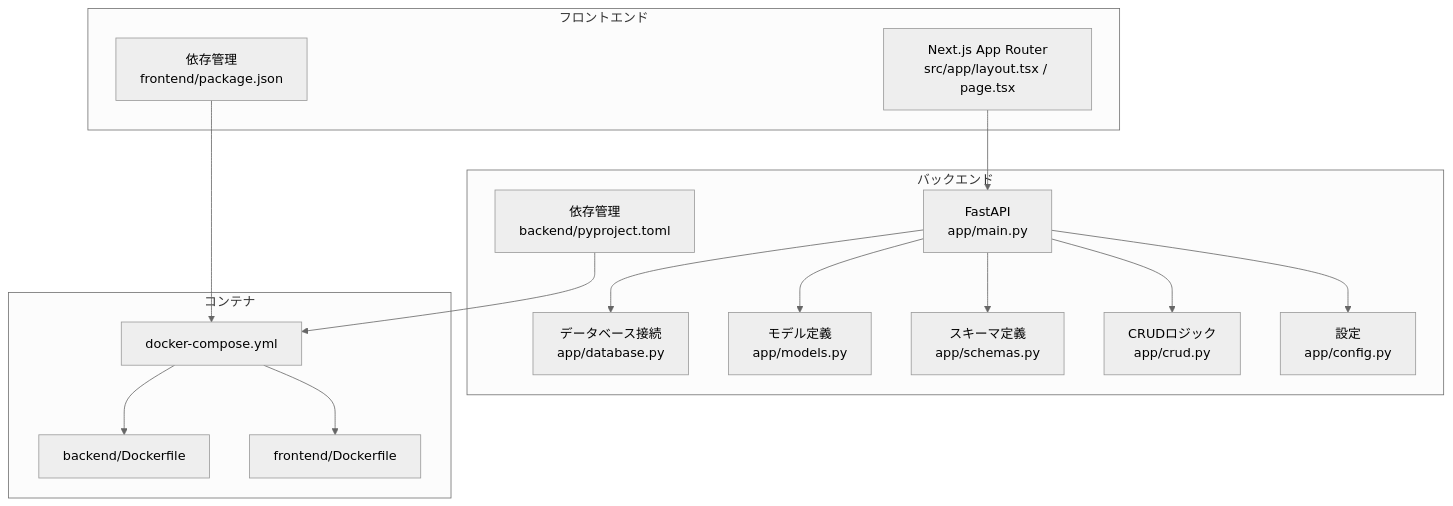
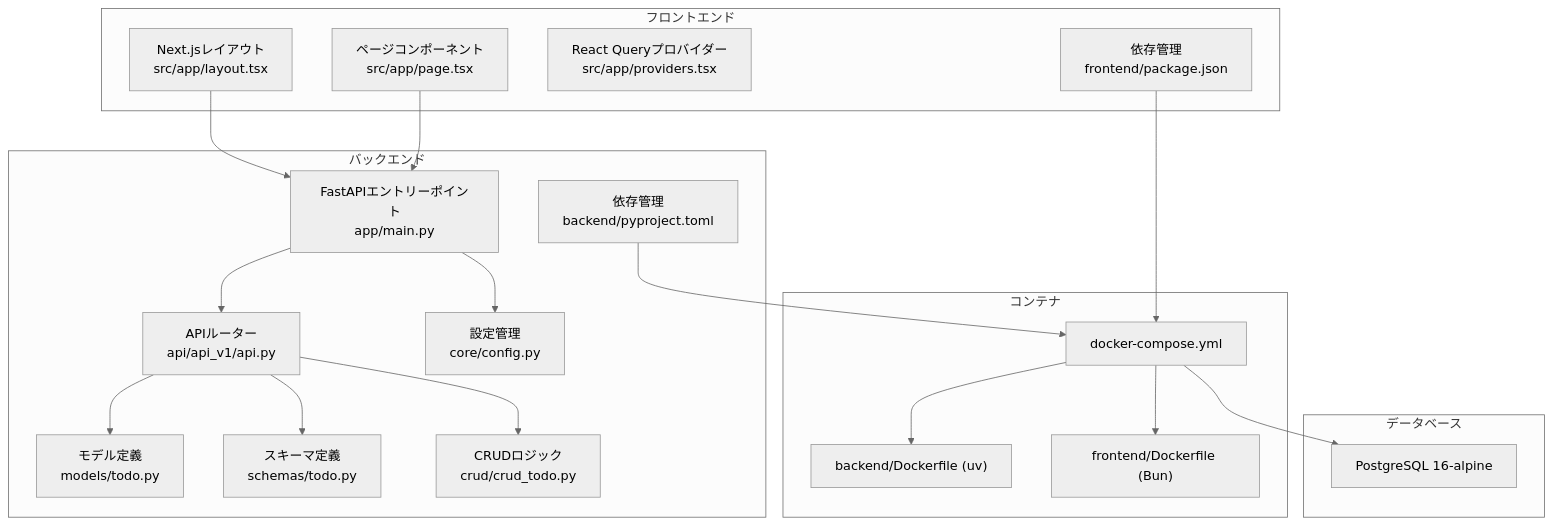
The first of 6 diagrams in .qoder/repowiki/ja/content/プロジェクト概要.md (ss8806/Todos), drawn with Mermaid (neutral theme) before and after one commit. The commit also changed other lines of this file and 6 other files, not shown here.

````diff
--- a/.qoder/repowiki/ja/content/プロジェクト概要.md
+++ b/.qoder/repowiki/ja/content/プロジェクト概要.md
@@ -49,31 +49,38 @@
 ```mermaid
 graph TB
 subgraph "バックエンド"
-BE_API["FastAPI<br/>app/main.py"]
-BE_DB["データベース接続<br/>app/database.py"]
-BE_MODELS["モデル定義<br/>app/models.py"]
-BE_SCHEMAS["スキーマ定義<br/>app/schemas.py"]
-BE_CRUD["CRUDロジック<br/>app/crud.py"]
-BE_CONF["設定<br/>app/config.py"]
+BE_MAIN["FastAPIエントリーポイント<br/>app/main.py"]
+BE_ROUTER["APIルーター<br/>api/api_v1/api.py"]
+BE_MODELS["モデル定義<br/>models/todo.py"]
+BE_SCHEMAS["スキーマ定義<br/>schemas/todo.py"]
+BE_CRUD["CRUDロジック<br/>crud/crud_todo.py"]
+BE_CONF["設定管理<br/>core/config.py"]
 BE_PKG["依存管理<br/>backend/pyproject.toml"]
 end
 subgraph "フロントエンド"
-FE_APP["Next.js App Router<br/>src/app/layout.tsx / page.tsx"]
+FE_LAYOUT["Next.jsレイアウト<br/>src/app/layout.tsx"]
+FE_PAGE["ページコンポーネント<br/>src/app/page.tsx"]
+FE_PROVIDERS["React Queryプロバイダー<br/>src/app/providers.tsx"]
 FE_PKG["依存管理<br/>frontend/package.json"]
 end
 subgraph "コンテナ"
 DC["docker-compose.yml"]
-D_B["backend/Dockerfile"]
-D_F["frontend/Dockerfile"]
+D_B["backend/Dockerfile (uv)"]
+D_F["frontend/Dockerfile (Bun)"]
 end
-FE_APP --> BE_API
-BE_API --> BE_DB
-BE_API --> BE_MODELS
-BE_API --> BE_SCHEMAS
-BE_API --> BE_CRUD
-BE_API --> BE_CONF
+subgraph "データベース"
+DB["PostgreSQL 16-alpine"]
+end
+FE_LAYOUT --> BE_MAIN
+FE_PAGE --> BE_MAIN
+BE_MAIN --> BE_ROUTER
+BE_ROUTER --> BE_MODELS
+BE_ROUTER --> BE_SCHEMAS
+BE_ROUTER --> BE_CRUD
+BE_MAIN --> BE_CONF
 DC --> D_B
 DC --> D_F
+DC --> DB
 BE_PKG --> DC
 FE_PKG --> DC
 ```
````
